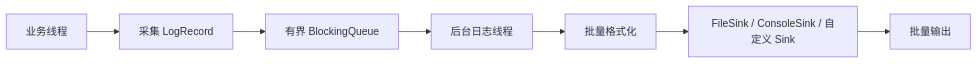
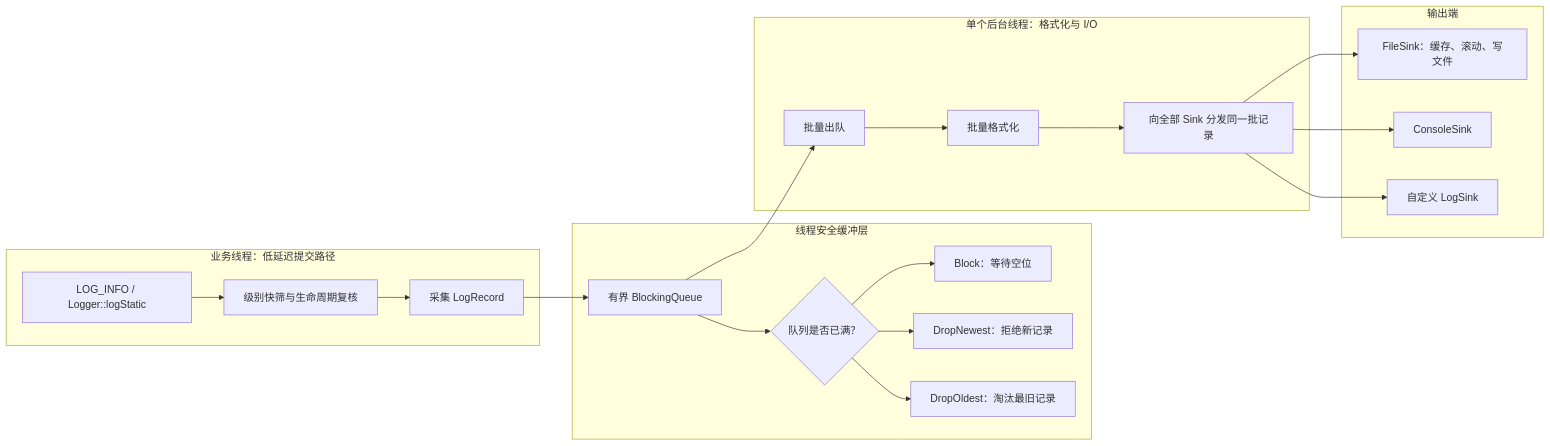
One commit to qxf-72/cpp_logger changed the first of 2 diagrams in README.md. Above: the diagram before and after it, drawn with Mermaid. The commit also changed other lines of this file and 1 other file, not shown here.

````diff
--- a/README.md
+++ b/README.md
@@ -143,9 +143,37 @@
 ```mermaid
 flowchart LR
-    P[业务线程] --> R[采集 LogRecord]
-    R --> Q[有界 BlockingQueue]
-    Q --> W[后台日志线程]
-    W --> F[批量格式化]
-    F --> S[FileSink / ConsoleSink / 自定义 Sink]
-    S --> D[批量输出]
+    subgraph Frontend[业务线程：低延迟提交路径]
+        P[LOG_INFO / Logger::logStatic]
+        L[级别快筛与生命周期复核]
+        R[采集 LogRecord]
+        P --> L --> R
+    end
+
+    subgraph Buffer[线程安全缓冲层]
+        Q[有界 BlockingQueue]
+        O{队列是否已满？}
+        B[Block：等待空位]
+        N[DropNewest：拒绝新记录]
+        E[DropOldest：淘汰最旧记录]
+        R --> Q --> O
+        O --> B
+        O --> N
+        O --> E
+    end
+
+    subgraph Backend[单个后台线程：格式化与 I/O]
+        W[批量出队]
+        F[批量格式化]
+        S[向全部 Sink 分发同一批记录]
+        Q --> W --> F --> S
+    end
+
+    subgraph Sinks[输出端]
+        FS[FileSink：缓存、滚动、写文件]
+        CS[ConsoleSink]
+        XS[自定义 LogSink]
+        S --> FS
+        S --> CS
+        S --> XS
+    end
 ```
````
